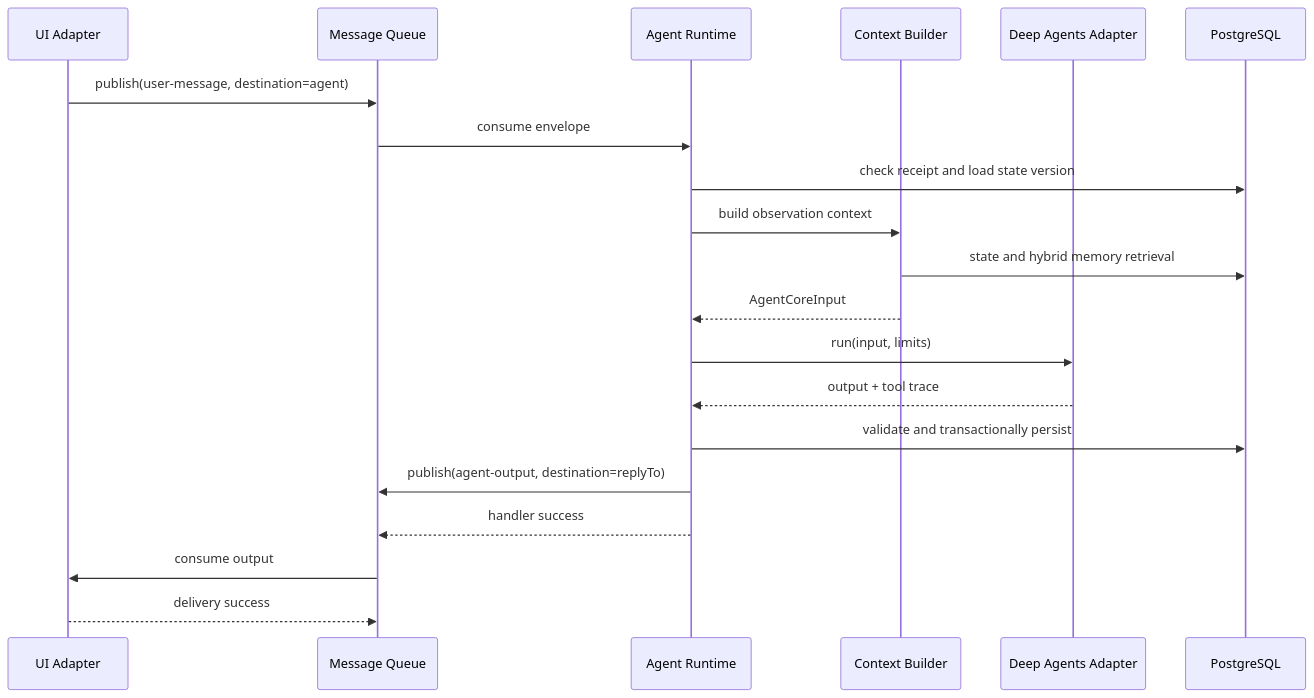
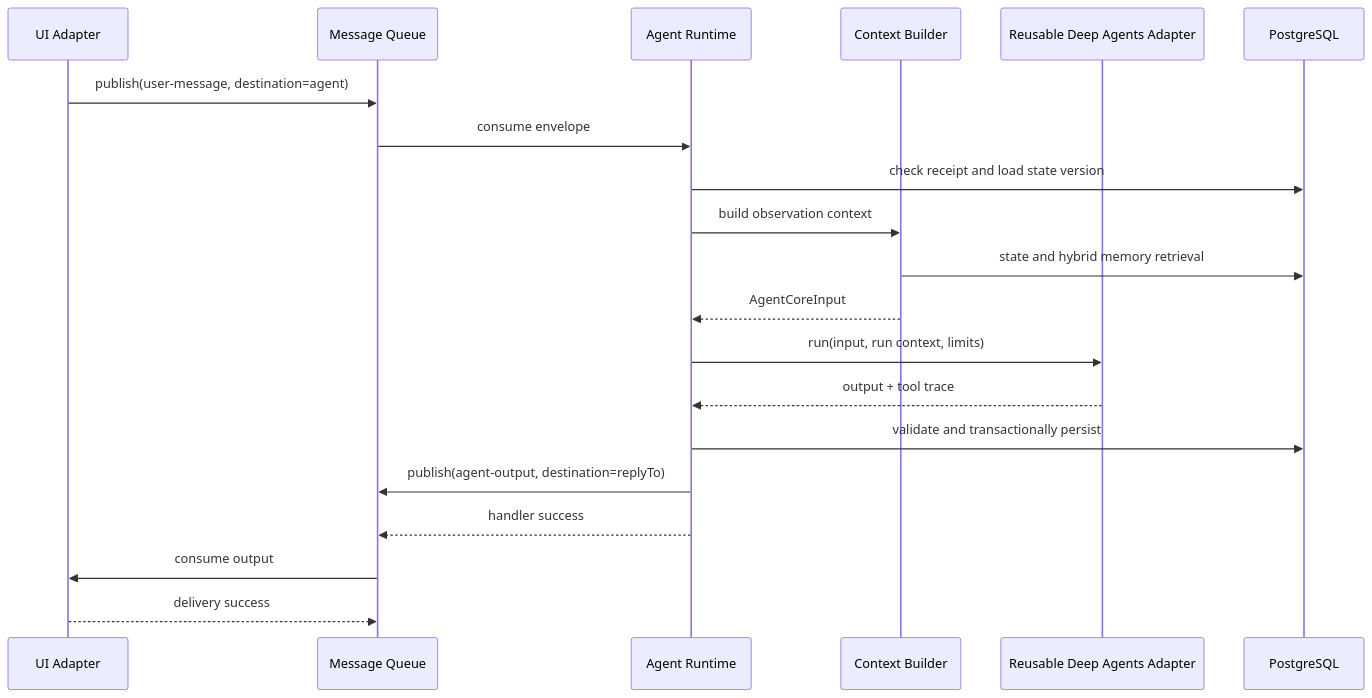
Before and after one commit to if001/social_agent: the second of 2 diagrams in docs/ARCHITECTURE.md, drawn with Mermaid. The commit also changed other lines of this file and 6 other files, not shown here.

Commit message:
docs: align reusable deep agent lifecycle

````diff
--- a/docs/ARCHITECTURE.md
+++ b/docs/ARCHITECTURE.md
@@ -528,23 +536,23 @@
 ```mermaid
 sequenceDiagram
     participant UI as UI Adapter
     participant Q as Message Queue
     participant R as Agent Runtime
     participant C as Context Builder
-    participant H as Deep Agents Adapter
+    participant H as Reusable Deep Agents Adapter
     participant DB as PostgreSQL
 
     UI->>Q: publish(user-message, destination=agent)
     Q->>R: consume envelope
     R->>DB: check receipt and load state version
     R->>C: build observation context
     C->>DB: state and hybrid memory retrieval
     C-->>R: AgentCoreInput
-    R->>H: run(input, limits)
+    R->>H: run(input, run context, limits)
     H-->>R: output + tool trace
     R->>DB: validate and transactionally persist
     R->>Q: publish(agent-output, destination=replyTo)
     R-->>Q: handler success
     Q->>UI: consume output
     UI-->>Q: delivery success
 ```
````
